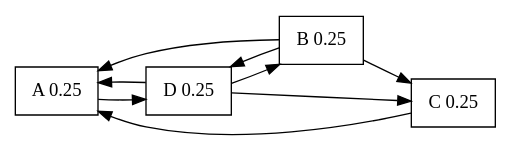
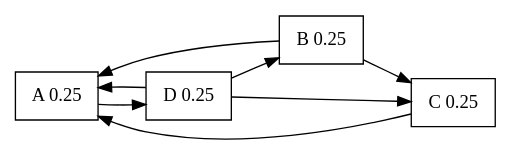
The first of 11 diagrams in presentation.org (barakdiker123/PageRanking), drawn with Graphviz before and after one commit. The commit also changed other lines of this file and 14 other files, not shown here.

```diff
--- a/presentation.org
+++ b/presentation.org
@@ -36,18 +38,17 @@
-#+BEGIN_SRC dot :file simple_example.png
+#+BEGIN_SRC dot :file simple_example1.png
 digraph auth {
 rankdir=LR;
 node [shape=record];
 1 [label="A 0.25"]
 2 [label="B 0.25"]
 3 [label="C 0.25"]
 4 [label="D 0.25"]
 2->1;
 2->3;
-2->4;
 3->1;
 4->1;
 4->2;
 4->3;
 1->4;
 }
 #+END_SRC
```
